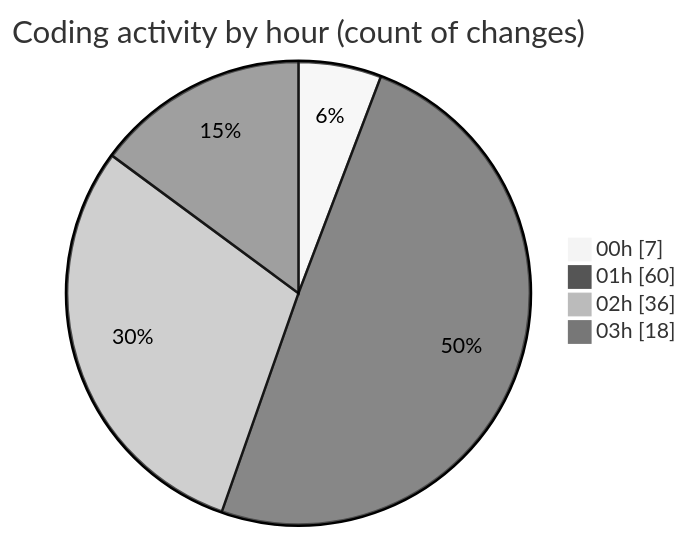
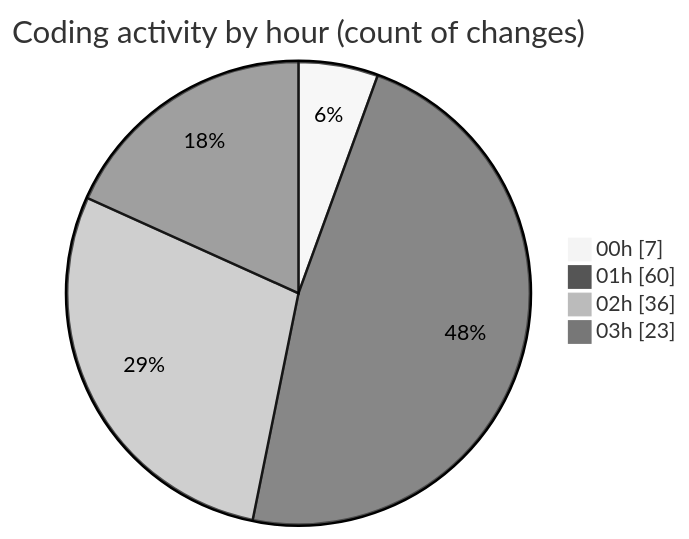
The second of 2 diagrams in 2025-10-07/eventscop-frontend-guide__workspace_/README.md (julien-gomy/code-tracking), drawn with Mermaid (neutral theme) before and after one commit. The commit also changed other lines of this file and 1 other file, not shown here.

````diff
--- a/2025-10-07/eventscop-frontend-guide__workspace_/README.md
+++ b/2025-10-07/eventscop-frontend-guide__workspace_/README.md
@@ -83,8 +84,8 @@
 ```mermaid
 pie showData
 title Coding activity by hour (count of changes)
 "00h" : 7
 "01h" : 60
 "02h" : 36
-"03h" : 18
+"03h" : 23
 ```
````
